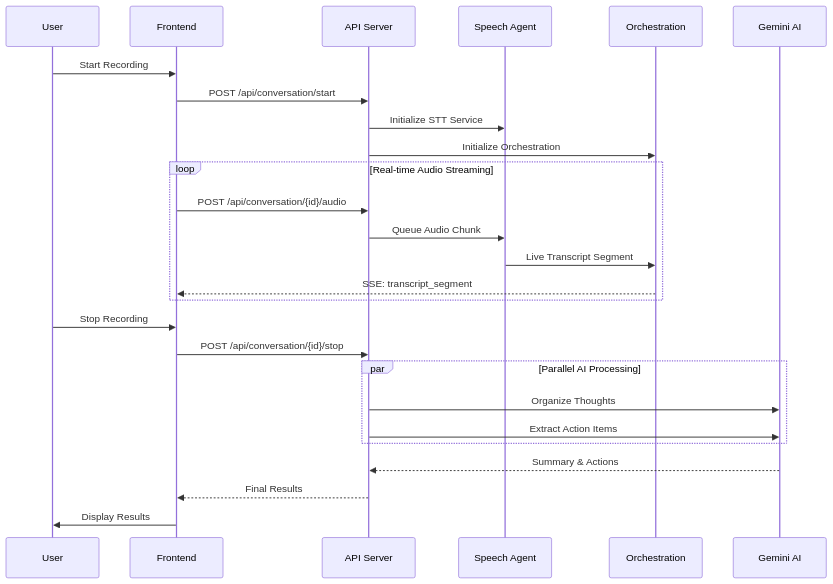
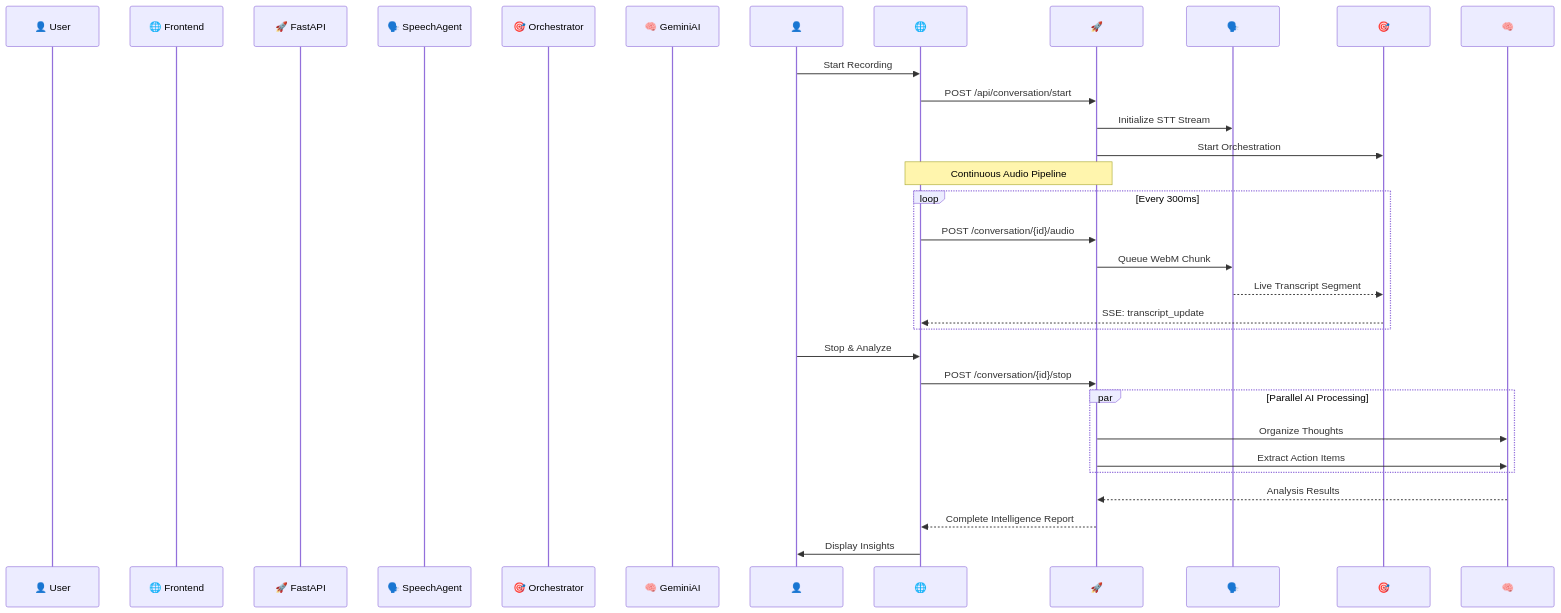
Before and after one commit to avni-salhotra/econome: the second of 2 diagrams in README.md, drawn with Mermaid. The commit also changed other lines of this file and 6 other files, not shown here.

````diff
--- a/README.md
+++ b/README.md
@@ -72,33 +89,34 @@
 ```mermaid
 sequenceDiagram
-    participant U as User
-    participant F as Frontend
-    participant A as API Server
-    participant S as Speech Agent
-    participant O as Orchestration
-    participant G as Gemini AI
+    participant 👤 User
+    participant 🌐 Frontend
+    participant 🚀 FastAPI
+    participant 🗣️ SpeechAgent
+    participant 🎯 Orchestrator
+    participant 🧠 GeminiAI
     
-    U->>F: Start Recording
-    F->>A: POST /api/conversation/start
-    A->>S: Initialize STT Service
-    A->>O: Initialize Orchestration
+    👤->>🌐: Start Recording
+    🌐->>🚀: POST /api/conversation/start
+    🚀->>🗣️: Initialize STT Stream
+    🚀->>🎯: Start Orchestration
     
-    loop Real-time Audio Streaming
-        F->>A: POST /api/conversation/{id}/audio
-        A->>S: Queue Audio Chunk
-        S->>O: Live Transcript Segment
-        O-->>F: SSE: transcript_segment
+    Note over 🌐,🚀: Continuous Audio Pipeline
+    loop Every 300ms
+        🌐->>🚀: POST /conversation/{id}/audio
+        🚀->>🗣️: Queue WebM Chunk
+        🗣️-->>🎯: Live Transcript Segment
+        🎯-->>🌐: SSE: transcript_update
     end
     
-    U->>F: Stop Recording
-    F->>A: POST /api/conversation/{id}/stop
+    👤->>🌐: Stop & Analyze
+    🌐->>🚀: POST /conversation/{id}/stop
     
     par Parallel AI Processing
-        A->>G: Organize Thoughts
-        A->>G: Extract Action Items
+        🚀->>🧠: Organize Thoughts
+        🚀->>🧠: Extract Action Items
     end
     
-    G-->>A: Summary & Actions
-    A-->>F: Final Results
-    F->>U: Display Results
+    🧠-->>🚀: Analysis Results
+    🚀-->>🌐: Complete Intelligence Report
+    🌐->>👤: Display Insights
 ```
````
